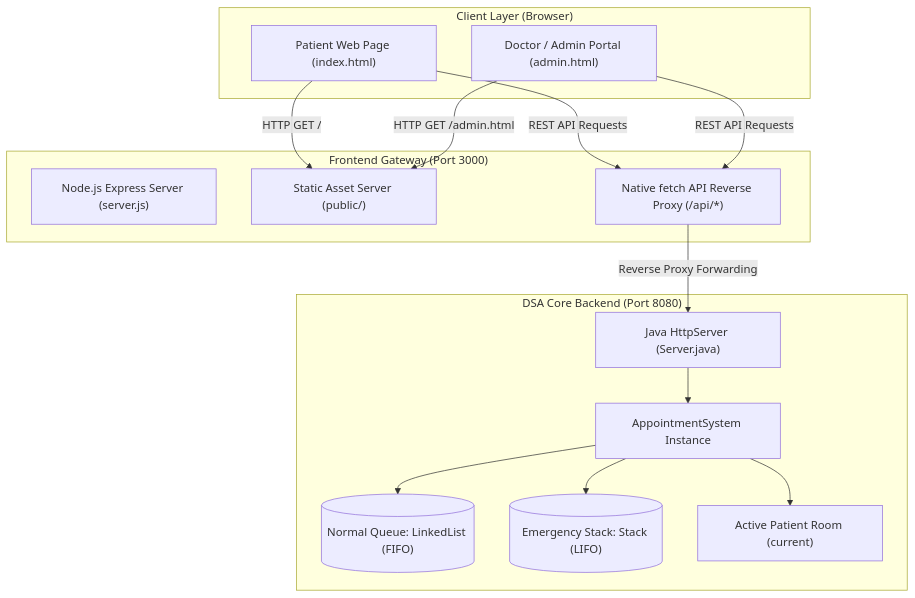
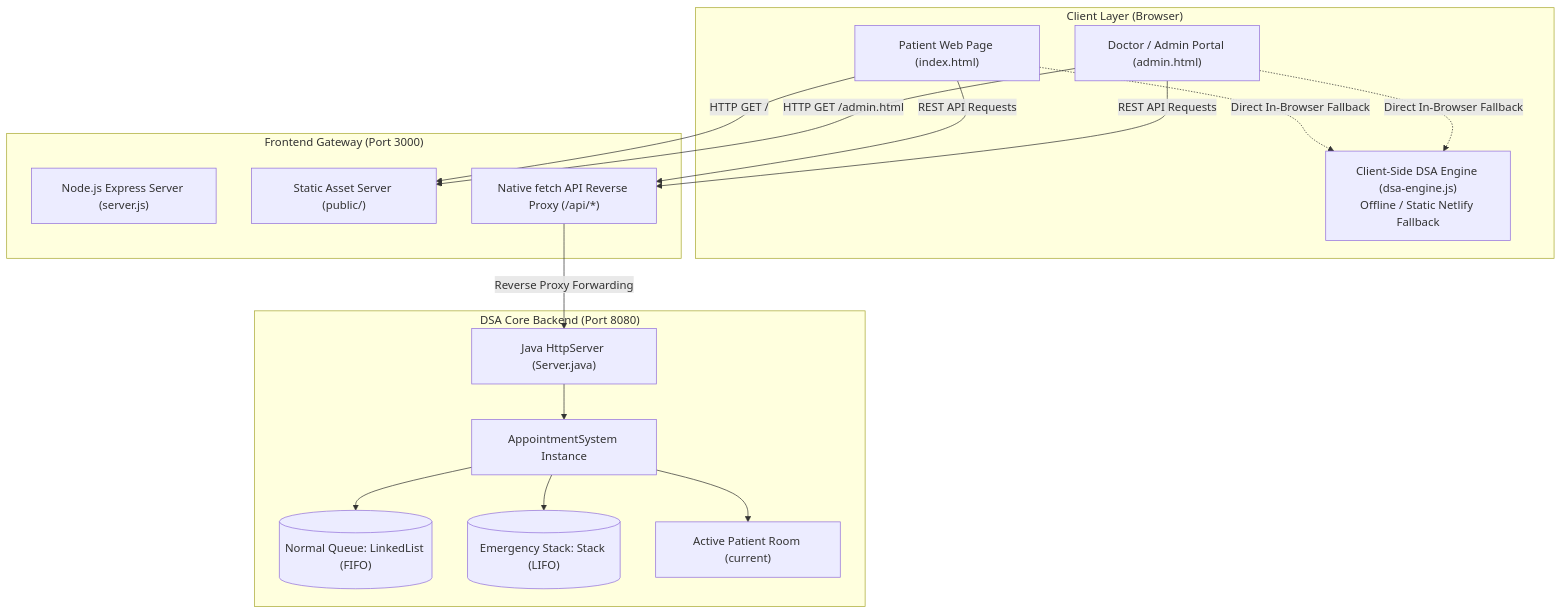
Before and after one commit to SusmitChoudhury/Doctor-Appointment-Queue-System: the third of 6 diagrams in README.md, drawn with Mermaid. The commit also changed other lines of this file and 12 other files, not shown here.

````diff
--- a/README.md
+++ b/README.md
@@ -53,31 +101,34 @@
 ```mermaid
 flowchart TD
     subgraph ClientLayer ["Client Layer (Browser)"]
         A["Patient Web Page (index.html)"]
         B["Doctor / Admin Portal (admin.html)"]
+        Engine["Client-Side DSA Engine (dsa-engine.js)<br/>Offline / Static Netlify Fallback"]
     end
 
     subgraph GatewayLayer ["Frontend Gateway (Port 3000)"]
         C["Node.js Express Server (server.js)"]
         C1["Static Asset Server (public/)"]
         C2["Native fetch API Reverse Proxy (/api/*)"]
     end
 
     subgraph BackendLayer ["DSA Core Backend (Port 8080)"]
         D["Java HttpServer (Server.java)"]
         E["AppointmentSystem Instance"]
         F[("Normal Queue: LinkedList<Patient> (FIFO)")]
         G[("Emergency Stack: Stack<Patient> (LIFO)")]
         H["Active Patient Room (current)"]
     end
 
     A -->|"HTTP GET /"| C1
     B -->|"HTTP GET /admin.html"| C1
     A -->|"REST API Requests"| C2
     B -->|"REST API Requests"| C2
     C2 -->|"Reverse Proxy Forwarding"| D
     D --> E
     E --> F
     E --> G
     E --> H
+    A -.->|"Direct In-Browser Fallback"| Engine
+    B -.->|"Direct In-Browser Fallback"| Engine
 ```
````
